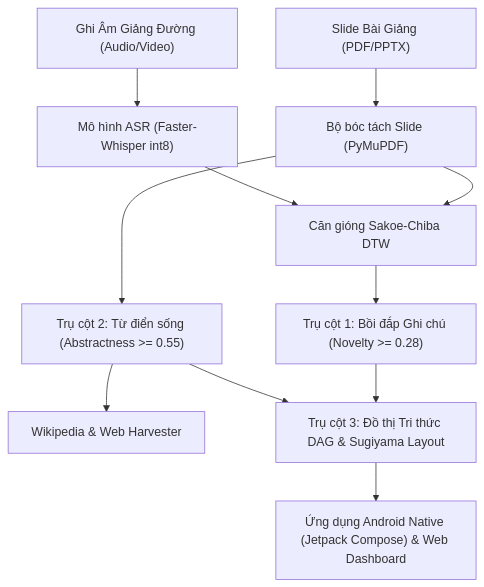
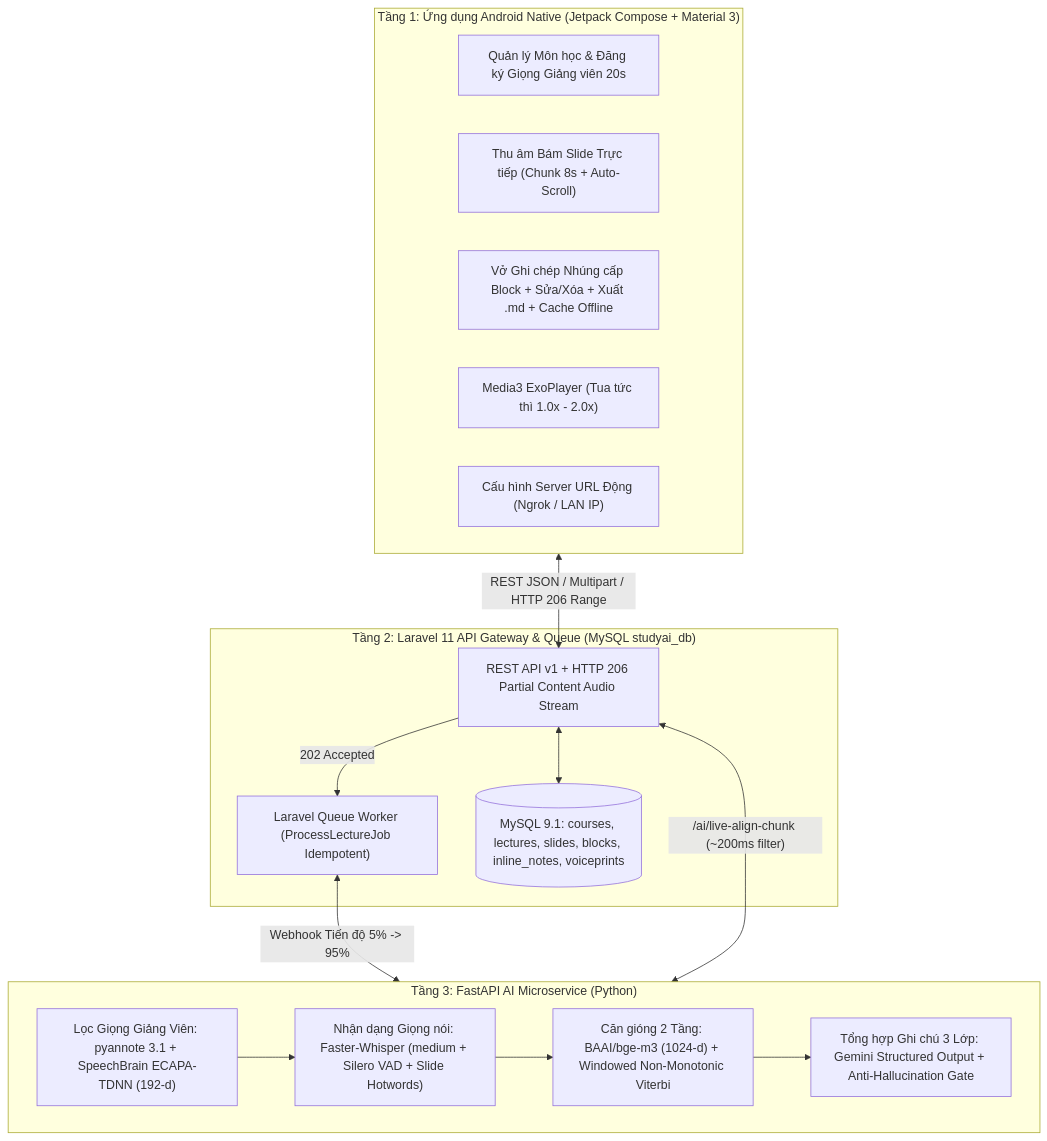
Before and after one commit to DVanNguyen/cong-cu-hoc-tap: the diagram in README.md, drawn with Mermaid. The commit also changed other lines of this file and 11 other files, not shown here.

Commit message:
feat(week6): add dynamic server URL config, portable start_servers.bat, full 5-scenario E2E verification, FINAL_BENCHMARK_SUMMARY.md, and v2 README

````diff
--- a/README.md
+++ b/README.md
@@ -20,13 +20,30 @@
 ```mermaid
 flowchart TD
-    A["Slide Bài Giảng (PDF/PPTX)"] --> C["Bộ bóc tách Slide (PyMuPDF)"]
-    B["Ghi Âm Giảng Đường (Audio/Video)"] --> D["Mô hình ASR (Faster-Whisper int8)"]
-    C --> E["Căn gióng Sakoe-Chiba DTW"]
-    D --> E
-    E --> F["Trụ cột 1: Bồi đắp Ghi chú (Novelty >= 0.28)"]
-    C --> G["Trụ cột 2: Từ điển sống (Abstractness >= 0.55)"]
-    G --> H["Wikipedia & Web Harvester"]
-    F --> I["Trụ cột 3: Đồ thị Tri thức DAG & Sugiyama Layout"]
-    G --> I
-    I --> J["Ứng dụng Android Native (Jetpack Compose) & Web Dashboard"]
+    subgraph Mobile["Tầng 1: Ứng dụng Android Native (Jetpack Compose + Material 3)"]
+        UI1["Quản lý Môn học & Đăng ký Giọng Giảng viên 20s"]
+        UI2["Thu âm Bám Slide Trực tiếp (Chunk 8s + Auto-Scroll)"]
+        UI3["Vở Ghi chép Nhúng cấp Block + Sửa/Xóa + Xuất .md + Cache Offline"]
+        EXO["Media3 ExoPlayer (Tua tức thì 1.0x - 2.0x)"]
+        URL["Cấu hình Server URL Động (Ngrok / LAN IP)"]
+    end
+
+    subgraph Backend["Tầng 2: Laravel 11 API Gateway & Queue (MySQL studyai_db)"]
+        API["REST API v1 + HTTP 206 Partial Content Audio Stream"]
+        QUEUE["Laravel Queue Worker (ProcessLectureJob Idempotent)"]
+        DB[("MySQL 9.1: courses, lectures, slides, blocks, inline_notes, voiceprints")]
+    end
+
+    subgraph AIService["Tầng 3: FastAPI AI Microservice (Python)"]
+        VP["Lọc Giọng Giảng Viên: pyannote 3.1 + SpeechBrain ECAPA-TDNN (192-d)"]
+        ASR["Nhận dạng Giọng nói: Faster-Whisper (medium + Silero VAD + Slide Hotwords)"]
+        VIT["Căn gióng 2 Tầng: BAAI/bge-m3 (1024-d) + Windowed Non-Monotonic Viterbi"]
+        LLM["Tổng hợp Ghi chú 3 Lớp: Gemini Structured Output + Anti-Hallucination Gate"]
+    end
+
+    Mobile <-->|"REST JSON / Multipart / HTTP 206 Range"| API
+    API <--> DB
+    API -->|"202 Accepted"| QUEUE
+    QUEUE <-->|"Webhook Tiến độ 5% -> 95%"| AIService
+    API <-->|"/ai/live-align-chunk (~200ms filter)"| AIService
+    VP --> ASR --> VIT --> LLM
 ```
````
